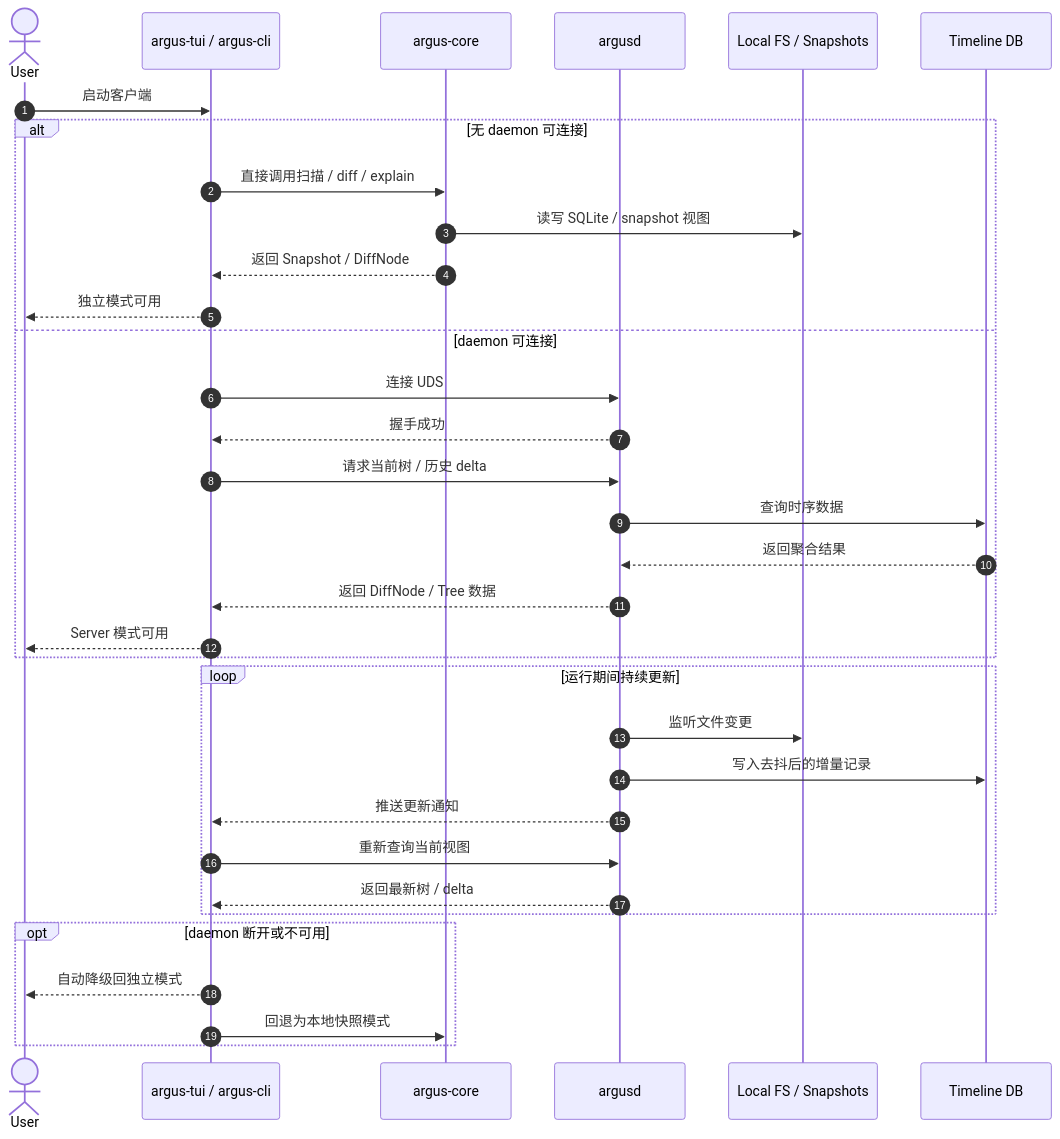
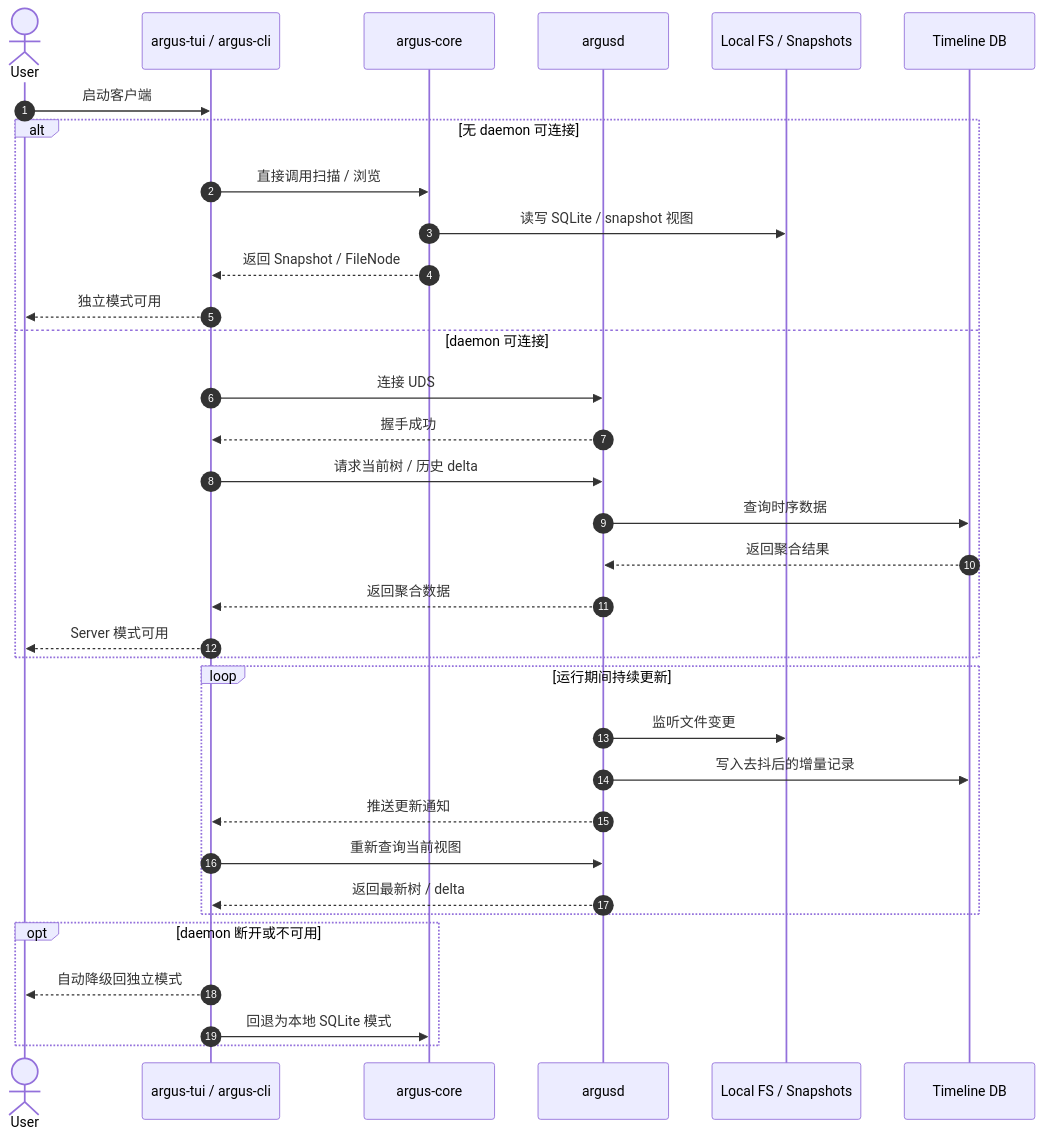
The diagram in docs/requirements/02-architecture.md (beyondlex/argus), drawn with Mermaid before and after one commit. The commit also changed other lines of this file and 26 other files, not shown here.

First line of the commit message:
feat!: remove snapshot diff, defer delta to daemon

````diff
--- a/docs/requirements/02-architecture.md
+++ b/docs/requirements/02-architecture.md
@@ -100,40 +98,40 @@
 ```mermaid
 sequenceDiagram
     autonumber
     actor User
     participant Client as argus-tui / argus-cli
     participant Core as argus-core
     participant Daemon as argusd
     participant FS as Local FS / Snapshots
     participant DB as Timeline DB
 
     User->>Client: 启动客户端
 
     alt 无 daemon 可连接
-        Client->>Core: 直接调用扫描 / diff / explain
+        Client->>Core: 直接调用扫描 / 浏览
         Core->>FS: 读写 SQLite / snapshot 视图
-        Core-->>Client: 返回 Snapshot / DiffNode
+        Core-->>Client: 返回 Snapshot / FileNode
         Client-->>User: 独立模式可用
     else daemon 可连接
         Client->>Daemon: 连接 UDS
         Daemon-->>Client: 握手成功
         Client->>Daemon: 请求当前树 / 历史 delta
         Daemon->>DB: 查询时序数据
         DB-->>Daemon: 返回聚合结果
-        Daemon-->>Client: 返回 DiffNode / Tree 数据
+        Daemon-->>Client: 返回聚合数据
         Client-->>User: Server 模式可用
     end
 
     loop 运行期间持续更新
         Daemon->>FS: 监听文件变更
         Daemon->>DB: 写入去抖后的增量记录
         Daemon-->>Client: 推送更新通知
         Client->>Daemon: 重新查询当前视图
         Daemon-->>Client: 返回最新树 / delta
     end
 
     opt daemon 断开或不可用
         Client-->>User: 自动降级回独立模式
-        Client->>Core: 回退为本地快照模式
+        Client->>Core: 回退为本地 SQLite 模式
     end
 ```
````
